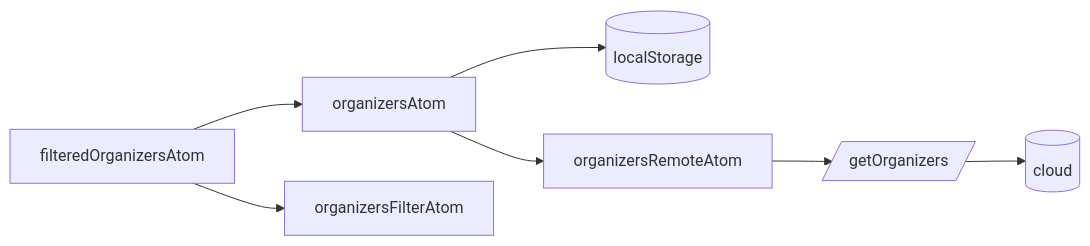
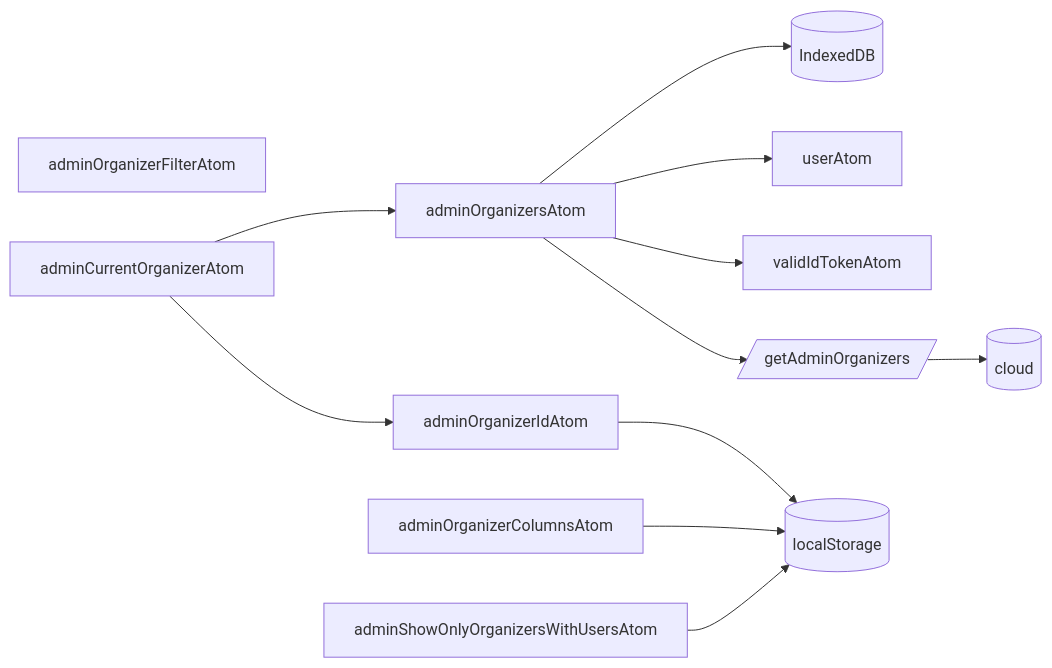
Before and after one commit to koekalenteri/koekalenteri: the third of 4 diagrams in src/pages/admin/state/README.md, drawn with Mermaid. The commit also changed other lines of this file, not shown here.

First line of the commit message:
docs(admin): redraw the officials, organizers and registrations state graphs

````diff
--- a/src/pages/admin/state/README.md
+++ b/src/pages/admin/state/README.md
@@ -107,12 +116,19 @@
 ```mermaid
 graph LR
-  organizersAtom-->localStorage
-  organizersAtom-->organizersRemoteAtom
-  organizersFilterAtom
+  adminOrganizersAtom-->indexedDB
+  adminOrganizersAtom-->userAtom
+  adminOrganizersAtom-->validIdTokenAtom
+  adminOrganizersAtom-->getAdminOrganizers[/getAdminOrganizers/]-->aws
+  adminOrganizerFilterAtom
+  adminOrganizerIdAtom-->localStorage
+  adminOrganizerColumnsAtom-->localStorage
+  adminShowOnlyOrganizersWithUsersAtom-->localStorage
 
   localStorage[(localStorage)]
-  organizersRemoteAtom-->getOrganizers[/getOrganizers/]-->aws[(cloud)]
+  indexedDB[(IndexedDB)]
 
-  filteredOrganizersAtom-->organizersFilterAtom
-  filteredOrganizersAtom-->organizersAtom
+  adminCurrentOrganizerAtom-->adminOrganizerIdAtom
+  adminCurrentOrganizerAtom-->adminOrganizersAtom
+
+  aws[(cloud)]
 ```
````
